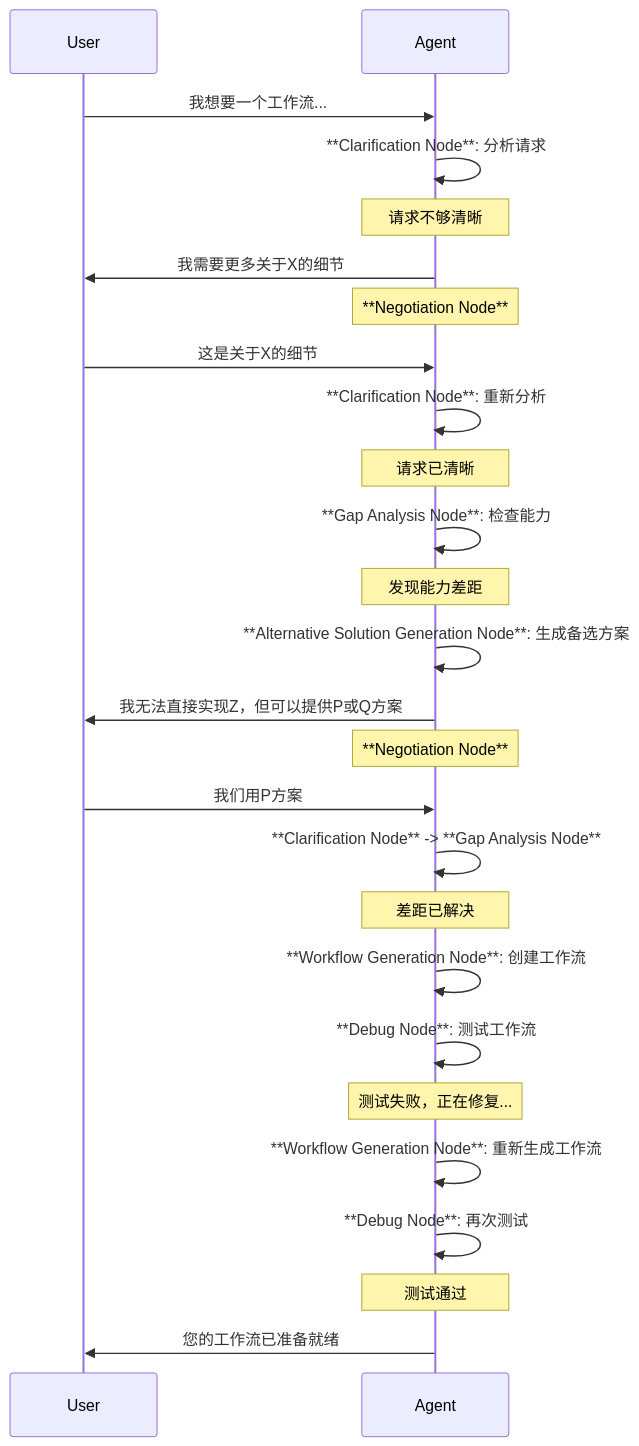
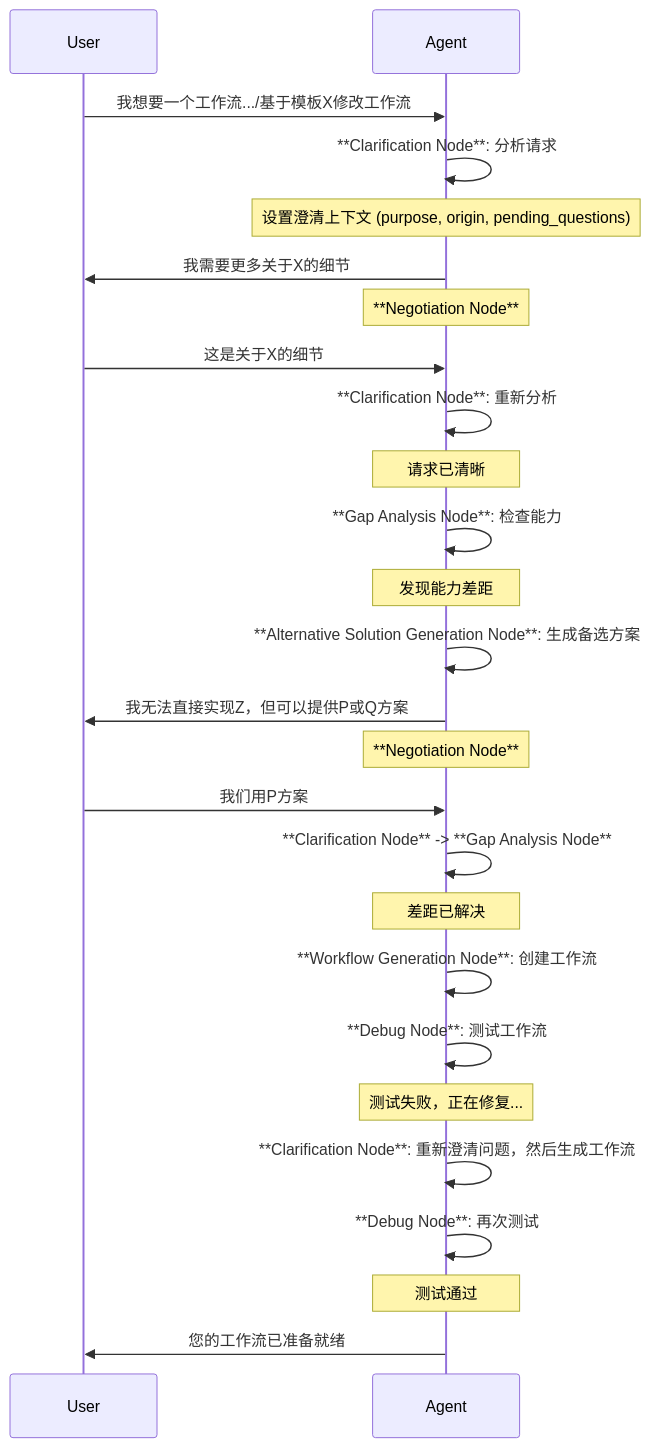
Before and after one commit to CurvatureX/agent_team_monorepo: the sixth of 7 diagrams in docs/tech-design/workflow-agent-architecture.md, drawn with Mermaid. The commit also changed other lines of this file and 46 other files, not shown here.

````diff
--- a/docs/tech-design/workflow-agent-architecture.md
+++ b/docs/tech-design/workflow-agent-architecture.md
@@ -133,37 +154,37 @@
 ```mermaid
 sequenceDiagram
     participant U as User
     participant A as Agent
 
-    U->>A: 我想要一个工作流...
+    U->>A: 我想要一个工作流.../基于模板X修改工作流
     A->>A: **Clarification Node**: 分析请求
-    Note over A: 请求不够清晰
+    Note over A: 设置澄清上下文 (purpose, origin, pending_questions)
 
     A->>U: 我需要更多关于X的细节
     Note over A: **Negotiation Node**
 
     U->>A: 这是关于X的细节
     A->>A: **Clarification Node**: 重新分析
     Note over A: 请求已清晰
 
     A->>A: **Gap Analysis Node**: 检查能力
     Note over A: 发现能力差距
 
     A->>A: **Alternative Solution Generation Node**: 生成备选方案
     A->>U: 我无法直接实现Z，但可以提供P或Q方案
     Note over A: **Negotiation Node**
 
     U->>A: 我们用P方案
     A->>A: **Clarification Node** -> **Gap Analysis Node**
     Note over A: 差距已解决
 
     A->>A: **Workflow Generation Node**: 创建工作流
     A->>A: **Debug Node**: 测试工作流
     Note over A: 测试失败，正在修复...
 
-    A->>A: **Workflow Generation Node**: 重新生成工作流
+    A->>A: **Clarification Node**: 重新澄清问题，然后生成工作流
     A->>A: **Debug Node**: 再次测试
     Note over A: 测试通过
 
     A->>U: 您的工作流已准备就绪
 ```
````
